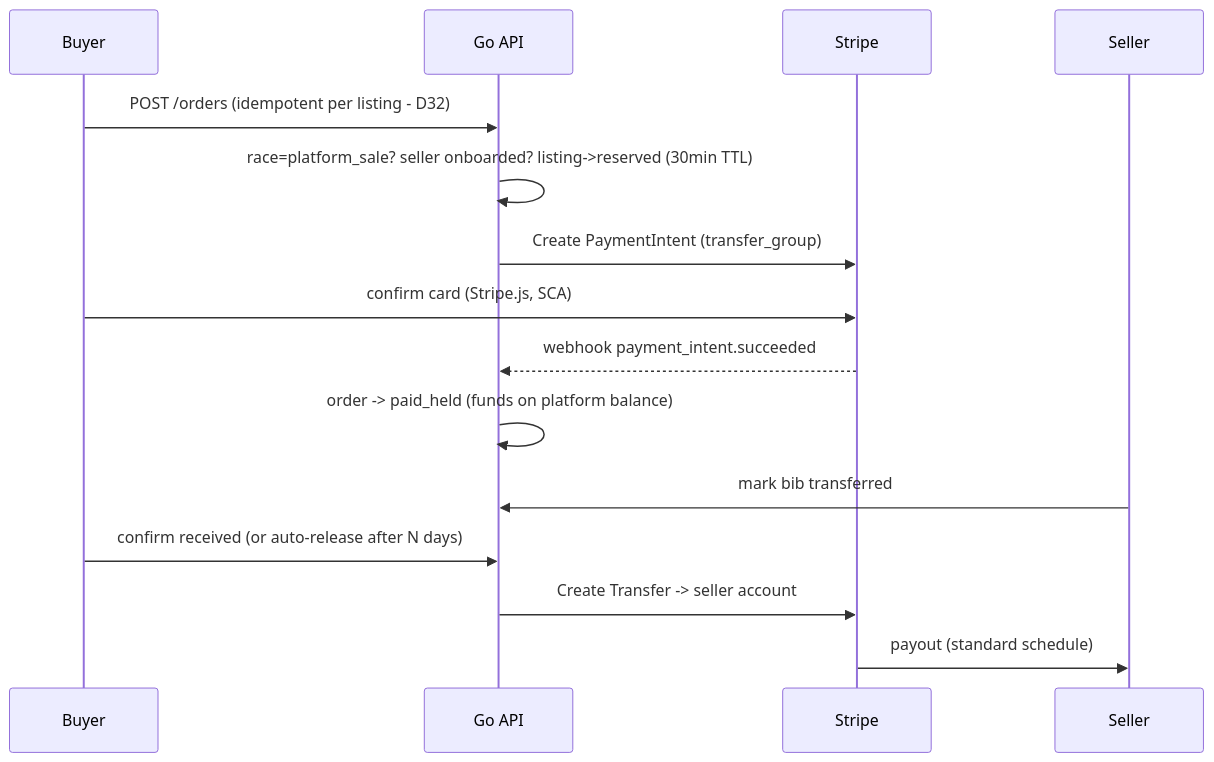
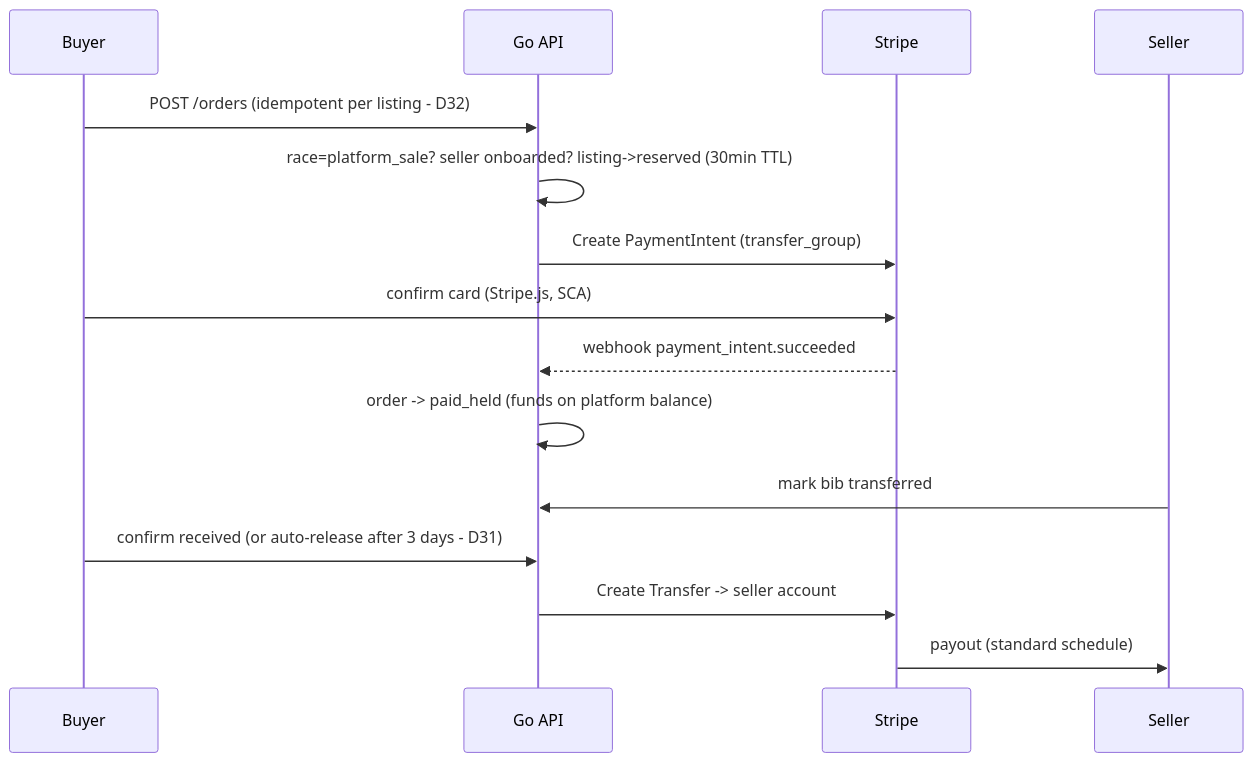
The diagram in docs/PAYMENTS_AND_COMPLIANCE.md (leonfullxr/bibseller), drawn with Mermaid before and after one commit. The commit also changed 1 other file, not shown here.

Commit message:
docs: align remaining N-days copy with D31 (money-flow sequence, PRODUCT.md)

````diff
--- a/docs/PAYMENTS_AND_COMPLIANCE.md
+++ b/docs/PAYMENTS_AND_COMPLIANCE.md
@@ -16,17 +16,17 @@
 ```mermaid
 sequenceDiagram
     participant B as Buyer
     participant API as Go API
     participant S as Stripe
     participant SL as Seller
     B->>API: POST /orders (idempotent per listing - D32)
     API->>API: race=platform_sale? seller onboarded? listing->reserved (30min TTL)
     API->>S: Create PaymentIntent (transfer_group)
     B->>S: confirm card (Stripe.js, SCA)
     S-->>API: webhook payment_intent.succeeded
     API->>API: order -> paid_held  (funds on platform balance)
     SL->>API: mark bib transferred
-    B->>API: confirm received (or auto-release after N days)
+    B->>API: confirm received (or auto-release after 3 days - D31)
     API->>S: Create Transfer -> seller account
     S->>SL: payout (standard schedule)
 ```
````
